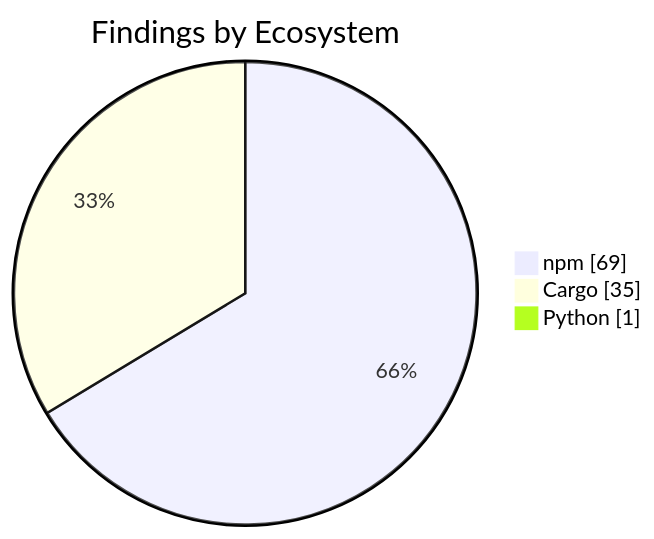
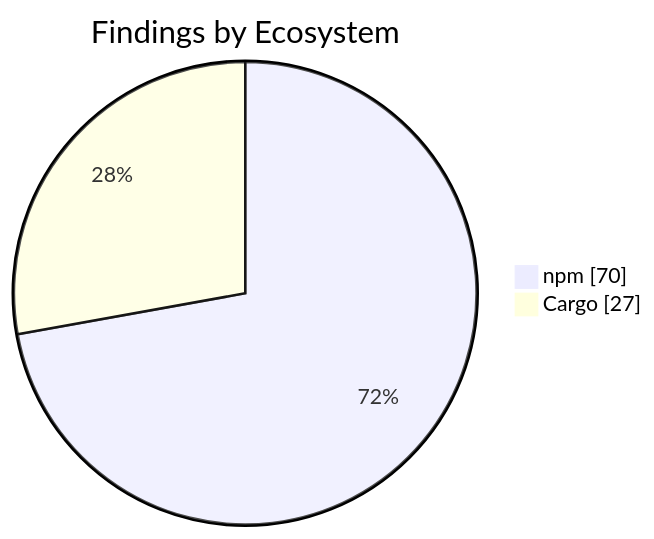
The second of 2 diagrams in apps/kbve/astro-kbve/src/content/docs/dashboard/security.mdx (KBVE/kbve), drawn with Mermaid before and after one commit. The commit also changed other lines of this file and 8 other files, not shown here.

````diff
--- a/apps/kbve/astro-kbve/src/content/docs/dashboard/security.mdx
+++ b/apps/kbve/astro-kbve/src/content/docs/dashboard/security.mdx
@@ -73,7 +73,6 @@
 ```mermaid
 pie showData
     title Findings by Ecosystem
-    "npm" : 69
-    "Cargo" : 35
-    "Python" : 1
+    "npm" : 70
+    "Cargo" : 27
 ```
````
